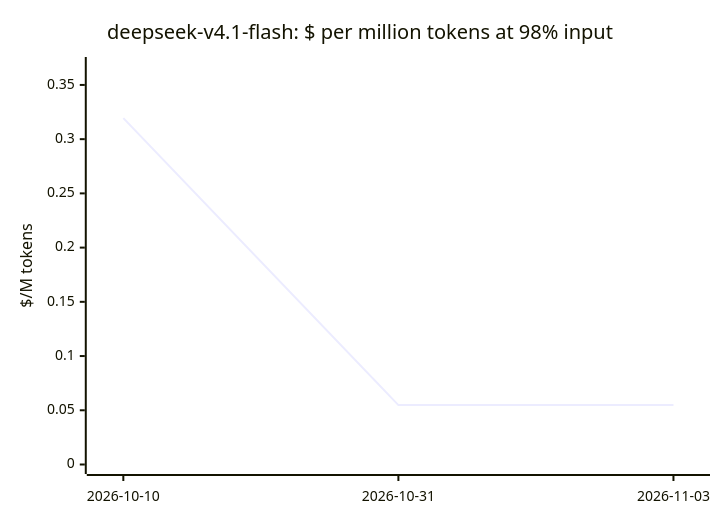
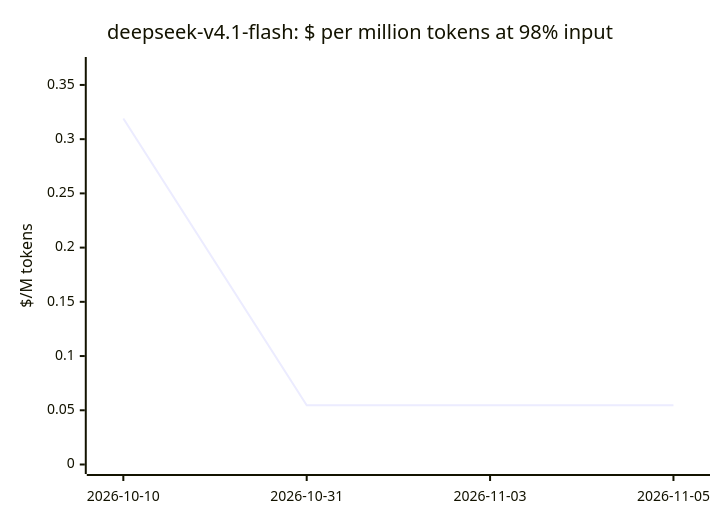
One commit to cklukas/OMEGA_TRANSFORM changed the seventh of 20 diagrams in docs/openrouter-models.md. Above: the diagram before and after it, drawn with Mermaid. The commit also changed other lines of this file and 291 other files, not shown here.

````diff
--- a/docs/openrouter-models.md
+++ b/docs/openrouter-models.md
@@ -194,7 +195,7 @@
 ```mermaid
 xychart-beta
     title "deepseek-v4.1-flash: $ per million tokens at 98% input"
-    x-axis ["2026-10-10", "2026-10-31", "2026-11-03"]
+    x-axis ["2026-10-10", "2026-10-31", "2026-11-03", "2026-11-05"]
     y-axis "$/M tokens" 0 --> 0.367
-    line [0.3194, 0.0548, 0.0548]
+    line [0.3191, 0.05463, 0.05463, 0.05463]
 ```
````
